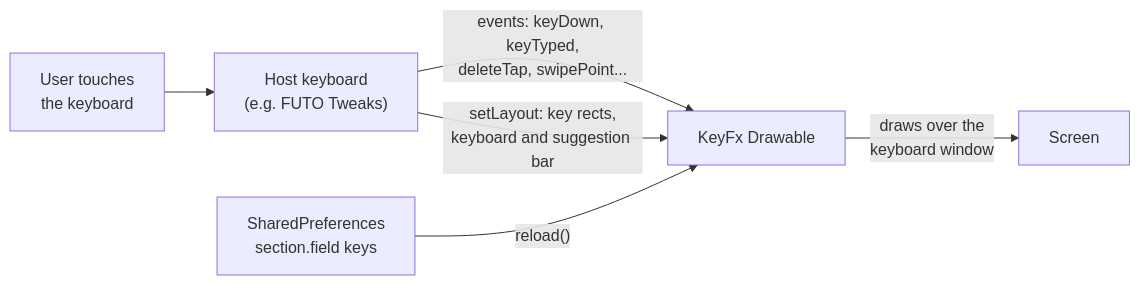
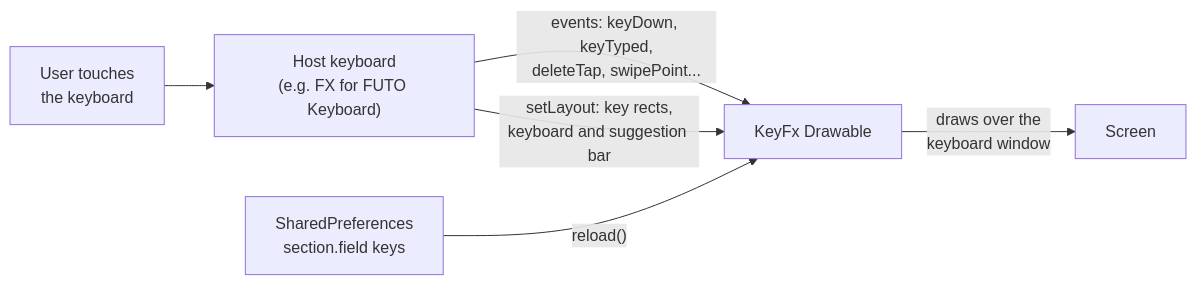
Before and after one commit to Theo-Erickson/keyfx: the first of 2 diagrams in README.md, drawn with Mermaid. The commit also changed other lines of this file and 1 other file, not shown here.

First line of the commit message:
Call the module FX for FUTO Keyboard

````diff
--- a/README.md
+++ b/README.md
@@ -86,8 +86,8 @@
 ```mermaid
 flowchart LR
-  U["User touches<br/>the keyboard"] --> H["Host keyboard<br/>(e.g. FUTO Tweaks)"]
+  U["User touches<br/>the keyboard"] --> H["Host keyboard<br/>(e.g. FX for FUTO Keyboard)"]
   H -- "events: keyDown, keyTyped,<br/>deleteTap, swipePoint..." --> K["KeyFx Drawable"]
   H -- "setLayout: key rects,<br/>keyboard and suggestion bar" --> K
   P["SharedPreferences<br/>section.field keys"] -- "reload()" --> K
   K -- "draws over the<br/>keyboard window" --> S["Screen"]
 ```
````
